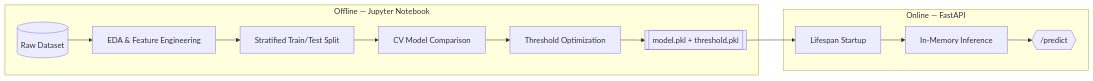
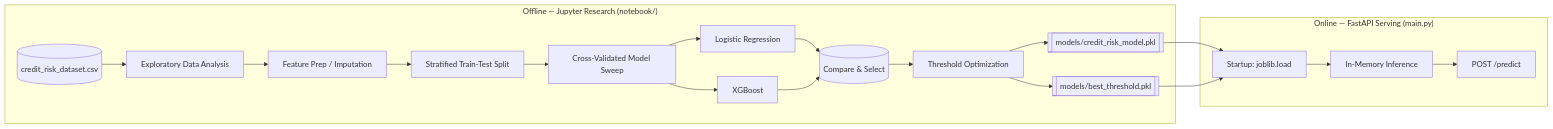
One commit to AmanXk/credit-card-risk-predixtion changed the second of 4 diagrams in README.md. Above: the diagram before and after it, drawn with Mermaid. The commit also changed other lines of this file, not shown here.

````diff
--- a/README.md
+++ b/README.md
@@ -75,15 +99,22 @@
 ```mermaid
 flowchart LR
-    subgraph TRAIN ["Offline — Jupyter Notebook"]
-        D[(Raw Dataset)] --> E[EDA & Feature Engineering]
-        E --> F[Stratified Train/Test Split]
-        F --> G[CV Model Comparison]
-        G --> H[Threshold Optimization]
-        H --> I[[model.pkl + threshold.pkl]]
+    subgraph OFFLINE ["Offline — Jupyter Research (notebook/)"]
+        D[(credit_risk_dataset.csv)] --> E[Exploratory Data Analysis]
+        E --> G[Feature Prep / Imputation]
+        G --> S[Stratified Train-Test Split]
+        S --> C[Cross-Validated Model Sweep]
+        C --> B1[Logistic Regression]
+        C --> B2[XGBoost]
+        B1 --> E3[(Compare & Select)]
+        B2 --> E3
+        E3 --> TUNE[Threshold Optimization]
+        TUNE --> A1[[models/credit_risk_model.pkl]]
+        TUNE --> A2[[models/best_threshold.pkl]]
     end
-    subgraph SERVE ["Online — FastAPI"]
-        I --> J[Lifespan Startup]
-        J --> K[In-Memory Inference]
-        K --> L{{/predict}}
+    subgraph ONLINE ["Online — FastAPI Serving (main.py)"]
+        A1 --> L[Startup: joblib.load]
+        A2 --> L
+        L --> INF[In-Memory Inference]
+        INF --> API[POST /predict]
     end
 ```
````
